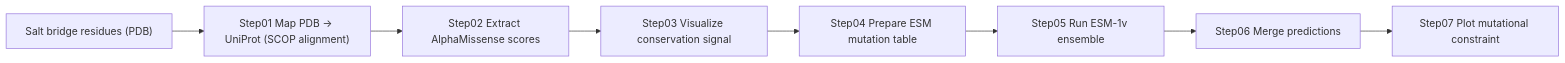
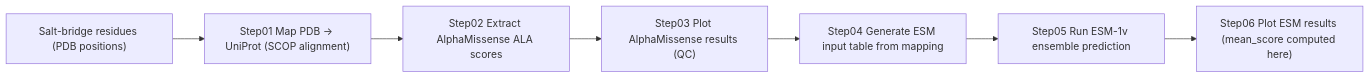
The diagram in llm_prediction/README.md (Zhijian-Xu/Conserved-Salt-Bridges), drawn with Mermaid before and after one commit. The commit also changed other lines of this file, not shown here.

````diff
--- a/llm_prediction/README.md
+++ b/llm_prediction/README.md
@@ -28,11 +13,10 @@
 ```mermaid
 flowchart LR
-  A["Salt bridge residues (PDB)"]
+  A["Salt-bridge residues (PDB positions)"]
   --> B["Step01 Map PDB → UniProt (SCOP alignment)"]
-  --> C["Step02 Extract AlphaMissense scores"]
-  --> D["Step03 Visualize conservation signal"]
-  --> E["Step04 Prepare ESM mutation table"]
-  --> F["Step05 Run ESM-1v ensemble"]
-  --> G["Step06 Merge predictions"]
-  --> H["Step07 Plot mutational constraint"]
+  --> C["Step02 Extract AlphaMissense ALA scores"]
+  --> D["Step03 Plot AlphaMissense results (QC)"]
+  --> E["Step04 Generate ESM input table from mapping"]
+  --> F["Step05 Run ESM-1v ensemble prediction"]
+  --> G["Step06 Plot ESM results (mean_score computed here)"]
 ```
````
